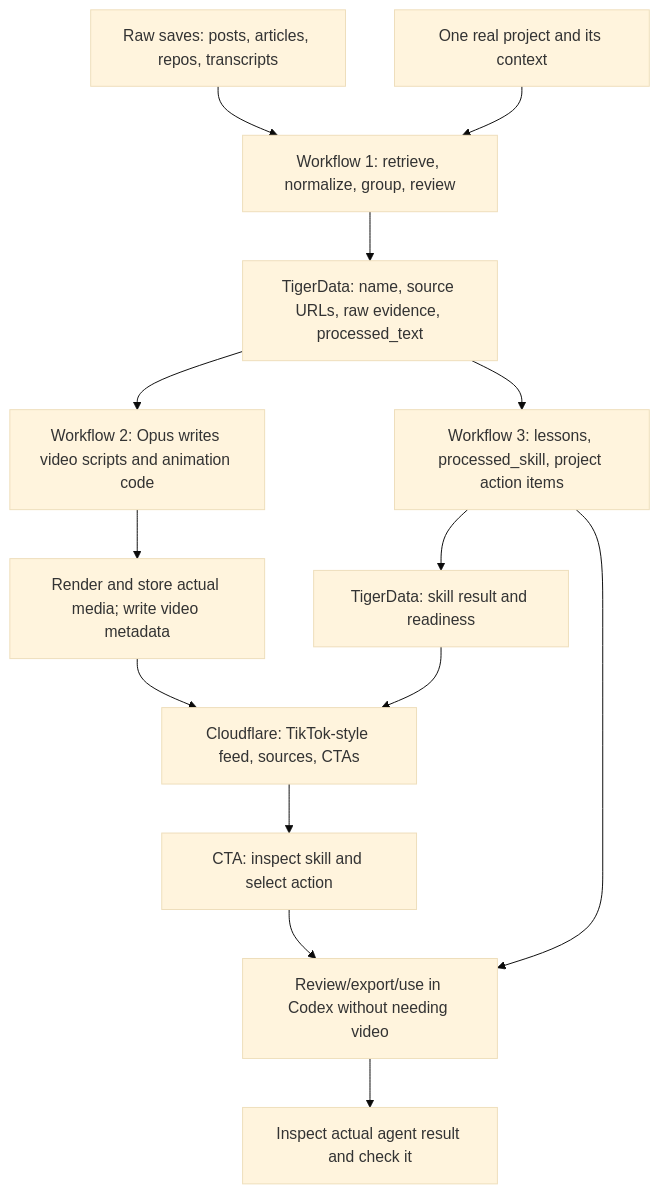
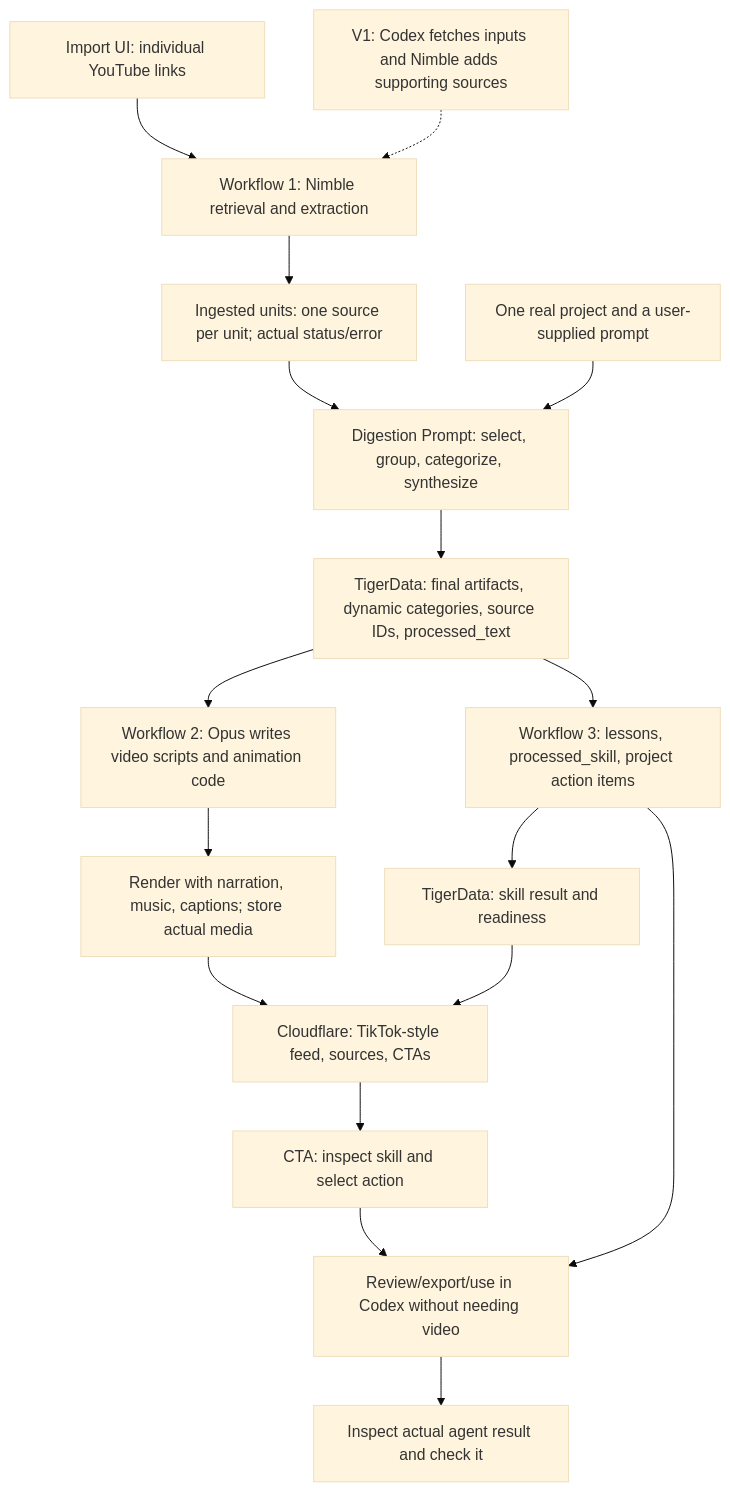
The diagram in docs/project-actions-spec.md (AnalystTom/Major-League-Hacking-Hack-), drawn with Mermaid (base theme) before and after one commit. The commit also changed other lines of this file and 2 other files, not shown here.

````diff
--- a/docs/project-actions-spec.md
+++ b/docs/project-actions-spec.md
@@ -53,16 +56,19 @@
 ```mermaid
 flowchart TD
-  R["Raw saves: posts, articles, repos, transcripts"] --> I["Workflow 1: retrieve, normalize, group, review"]
-  P["One real project and its context"] --> I
-  I --> T["TigerData: name, source URLs, raw evidence, processed_text"]
+  R["Import UI: individual YouTube links"] --> I["Workflow 1: Nimble retrieval and extraction"]
+  I --> U["Ingested units: one source per unit; actual status/error"]
+  U --> D["Digestion Prompt: select, group, categorize, synthesize"]
+  P["One real project and a user-supplied prompt"] --> D
+  D --> T["TigerData: final artifacts, dynamic categories, source IDs, processed_text"]
   T --> V["Workflow 2: Opus writes video scripts and animation code"]
-  V --> M["Render and store actual media; write video metadata"]
+  V --> M["Render with narration, music, captions; store actual media"]
   M --> F["Cloudflare: TikTok-style feed, sources, CTAs"]
   T --> S["Workflow 3: lessons, processed_skill, project action items"]
   S --> K["TigerData: skill result and readiness"]
   K --> F
   S --> X["Review/export/use in Codex without needing video"]
   F --> C["CTA: inspect skill and select action"]
   C --> X
   X --> Q["Inspect actual agent result and check it"]
+  L["V1: Codex fetches inputs and Nimble adds supporting sources"] -.-> I
 ```
````
